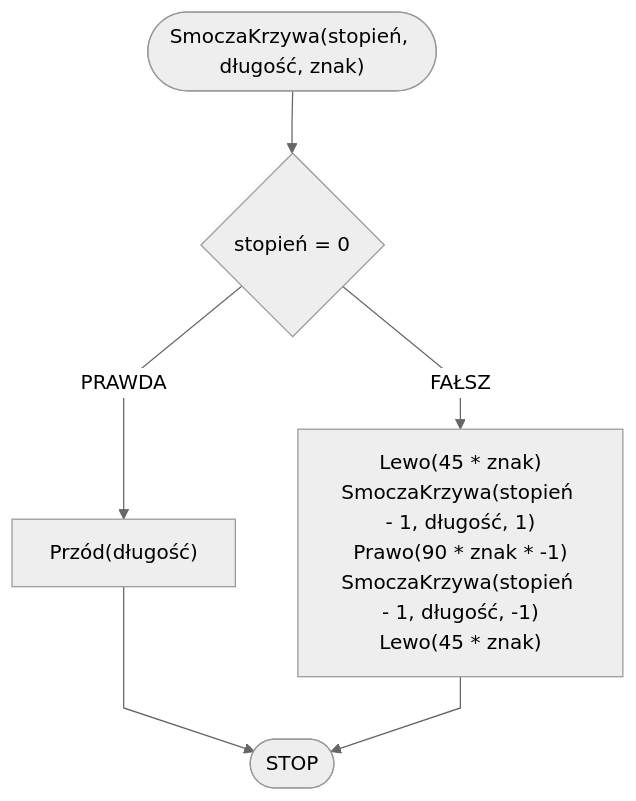
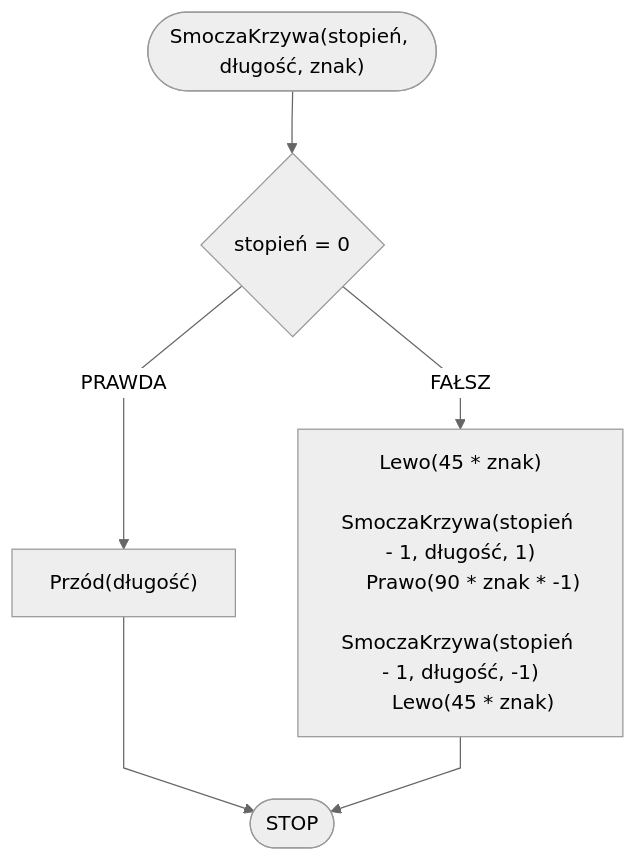
Before and after one commit to blackbat13/edu-cs-htiew-pl: the diagram in docs/algorithms/fractals/dragon-curve.md, drawn with Mermaid. The commit also changed 32 other files, not shown here.

````diff
--- a/docs/algorithms/fractals/dragon-curve.md
+++ b/docs/algorithms/fractals/dragon-curve.md
@@ -33,9 +33,13 @@
 ```mermaid
 %%{init: {"flowchart": {"curve": "linear"}, "theme": "neutral"} }%%
 flowchart TD
     START(["SmoczaKrzywa(stopień, długość, znak)"]) --> K1{stopień = 0}
     K1 -- PRAWDA --> K2["Przód(długość)"]
     K2 --> STOP([STOP])
-    K1 -- FAŁSZ --> K4["Lewo(45 * znak)\nSmoczaKrzywa(stopień - 1, długość, 1)\nPrawo(90 * znak * -1)\nSmoczaKrzywa(stopień - 1, długość, -1)\nLewo(45 * znak)"]
+    K1 -- FAŁSZ --> K4["Lewo(45 * znak)
+    SmoczaKrzywa(stopień - 1, długość, 1)
+    Prawo(90 * znak * -1)
+    SmoczaKrzywa(stopień - 1, długość, -1)
+    Lewo(45 * znak)"]
     K4 --> STOP
 ```
````
